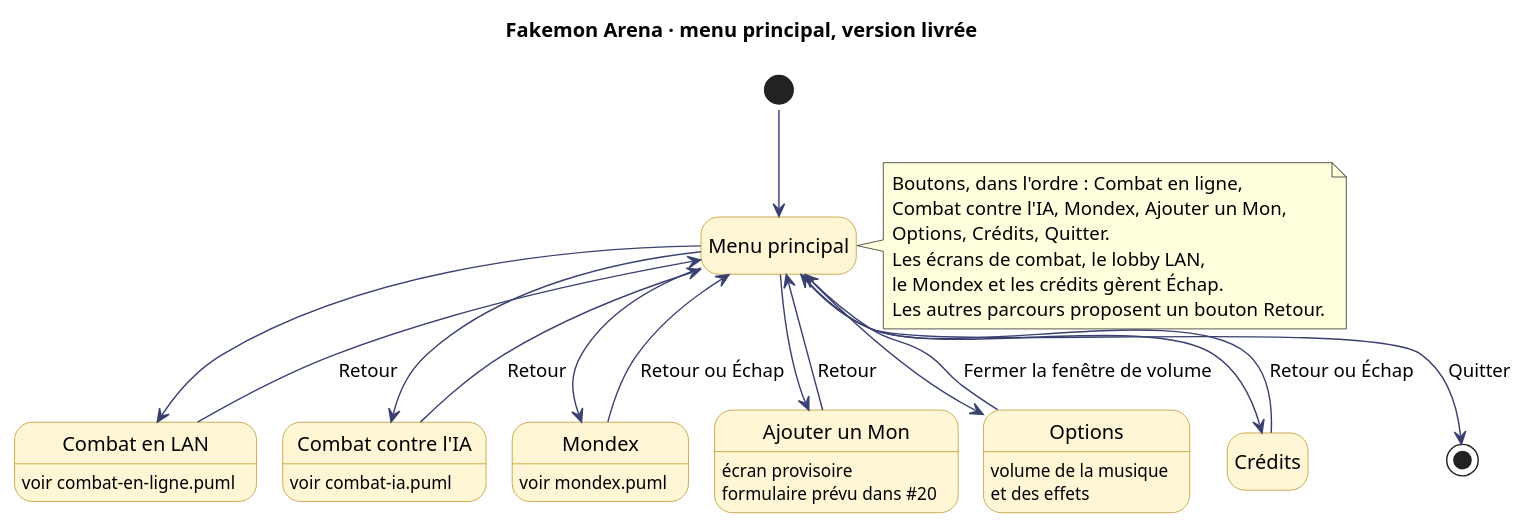
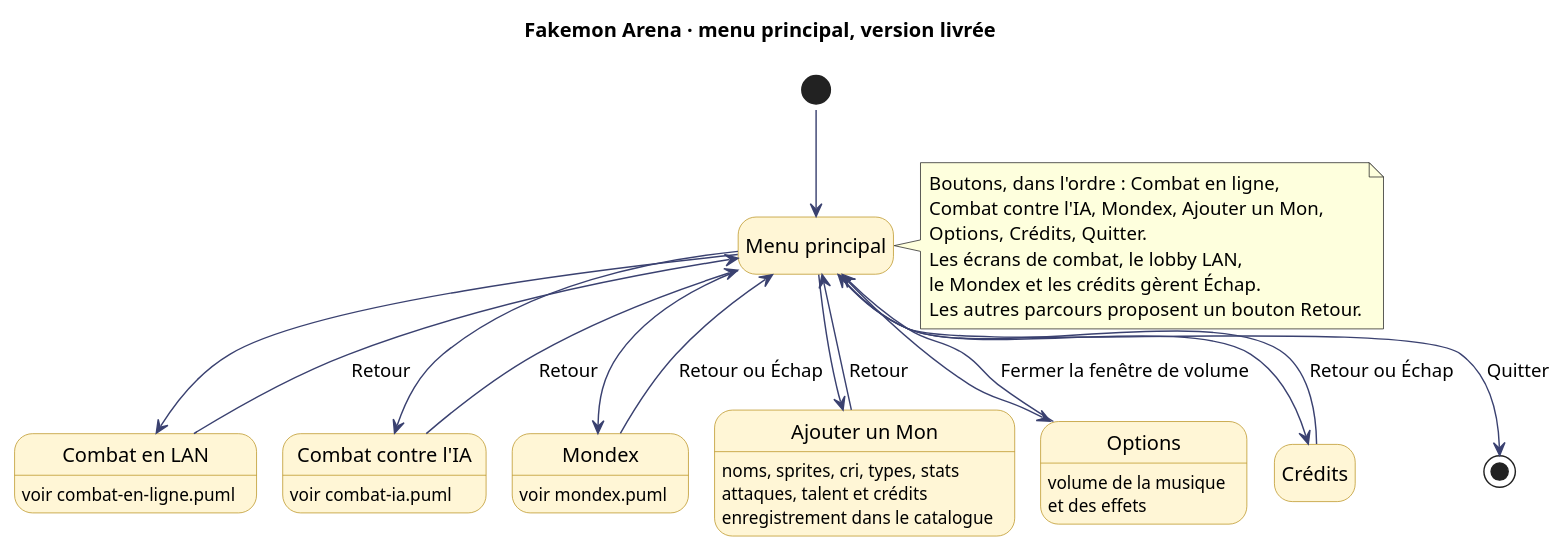
Before and after one commit to OnerAliCan/fakemon-arena: the diagram in docs/uml/navigation.puml, drawn with PlantUML. The commit also changed 14 other files, not shown here.

```diff
--- a/docs/uml/navigation.puml
+++ b/docs/uml/navigation.puml
@@ -1,43 +1,43 @@
 @startuml navigation
 !pragma layout smetana
 title Fakemon Arena · menu principal, version livrée
 skinparam defaultFontName Segoe UI
 skinparam state {
   BackgroundColor #FFF6D6
   BorderColor #B8901A
   ArrowColor #3A4170
 }
 hide empty description
 
 state "Menu principal" as Menu
 state "Combat en LAN" as Ligne : voir combat-en-ligne.puml
 state "Combat contre l'IA" as IA : voir combat-ia.puml
 state "Mondex" as Mondex : voir mondex.puml
-state "Ajouter un Mon" as Ajouter : écran provisoire\nformulaire prévu dans #20
+state "Ajouter un Mon" as Ajouter : noms, sprites, cri, types, stats\nattaques, talent et crédits\nenregistrement dans le catalogue
 state "Options" as Options : volume de la musique\net des effets
 state "Crédits" as Credits
 
 [*] --> Menu
 Menu --> Ligne
 Menu --> IA
 Menu --> Mondex
 Menu --> Ajouter
 Menu --> Options
 Menu --> Credits
 Ligne --> Menu : Retour
 IA --> Menu : Retour
 Mondex --> Menu : Retour ou Échap
 Ajouter --> Menu : Retour
 Options --> Menu : Fermer la fenêtre de volume
 Credits --> Menu : Retour ou Échap
 Menu --> [*] : Quitter
 
 note right of Menu
   Boutons, dans l'ordre : Combat en ligne,
   Combat contre l'IA, Mondex, Ajouter un Mon,
   Options, Crédits, Quitter.
   Les écrans de combat, le lobby LAN,
   le Mondex et les crédits gèrent Échap.
   Les autres parcours proposent un bouton Retour.
 end note
 @enduml
```
